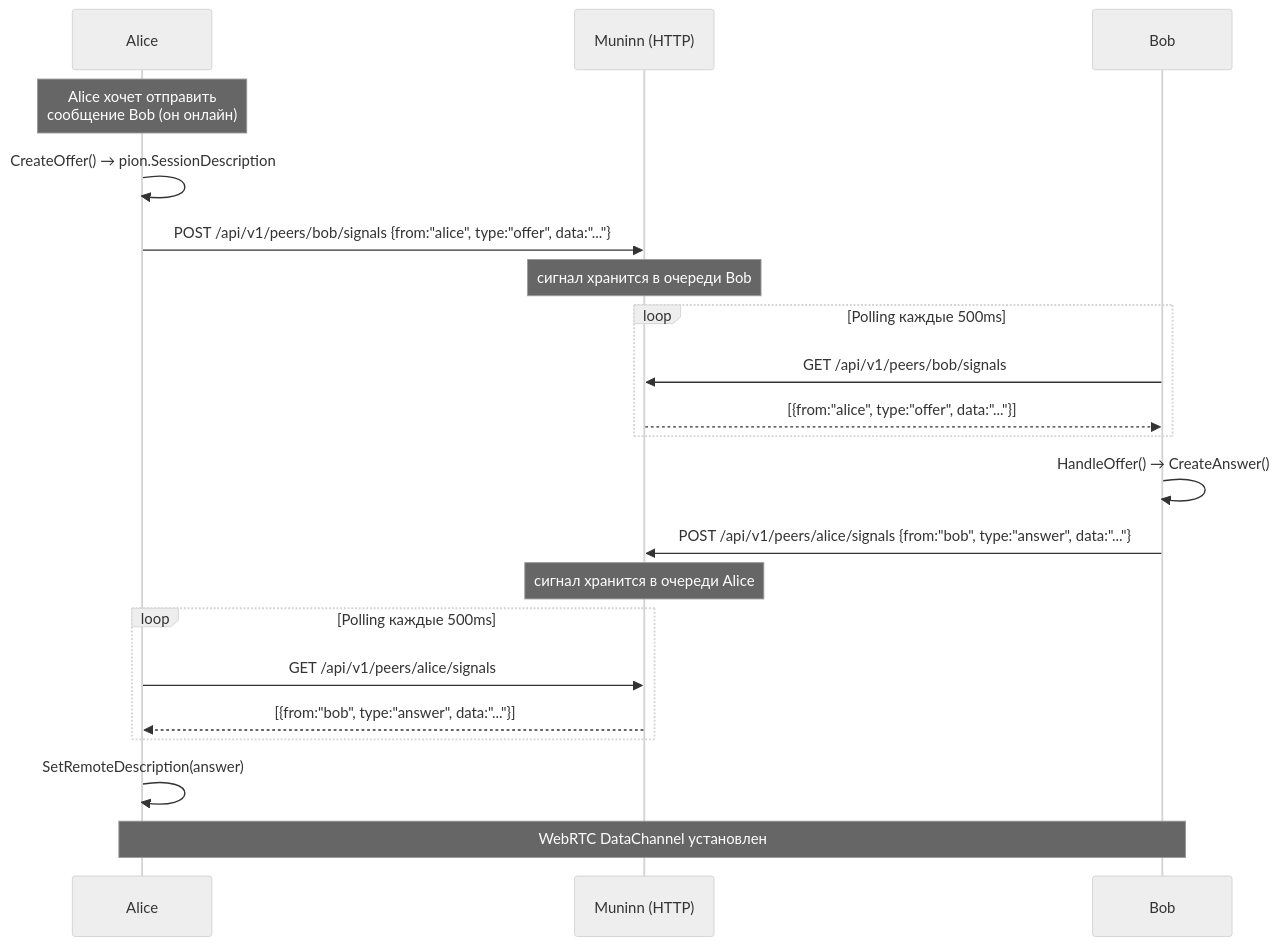
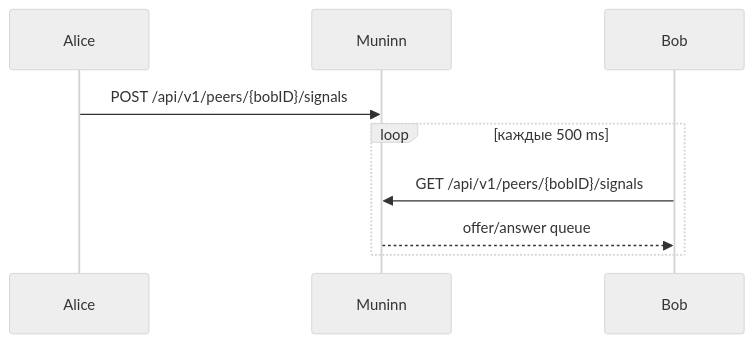
Before and after one commit to killbane1232/huginn-messenger: the fifth of 9 diagrams in docs/architecture.md, drawn with Mermaid (neutral theme). The commit also changed other lines of this file and 1 other file, not shown here.

````diff
--- a/docs/architecture.md
+++ b/docs/architecture.md
@@ -91,24 +150,12 @@
 ```mermaid
 sequenceDiagram
     participant A as Alice
-    participant M as Muninn (HTTP)
+    participant M as Muninn
     participant B as Bob
 
-    Note over A: Alice хочет отправить<br/>сообщение Bob (он онлайн)
-    A->>A: CreateOffer() → pion.SessionDescription
-    A->>M: POST /api/v1/peers/bob/signals {from:"alice", type:"offer", data:"..."}
-    Note over M: сигнал хранится в очереди Bob
-    loop Polling каждые 500ms
-        B->>M: GET /api/v1/peers/bob/signals
-        M-->>B: [{from:"alice", type:"offer", data:"..."}]
+    A->>M: POST /api/v1/peers/{bobID}/signals
+    loop каждые 500 ms
+        B->>M: GET /api/v1/peers/{bobID}/signals
+        M-->>B: offer/answer queue
     end
-    B->>B: HandleOffer() → CreateAnswer()
-    B->>M: POST /api/v1/peers/alice/signals {from:"bob", type:"answer", data:"..."}
-    Note over M: сигнал хранится в очереди Alice
-    loop Polling каждые 500ms
-        A->>M: GET /api/v1/peers/alice/signals
-        M-->>A: [{from:"bob", type:"answer", data:"..."}]
-    end
-    A->>A: SetRemoteDescription(answer)
-    Note over A,B: WebRTC DataChannel установлен
 ```
````
